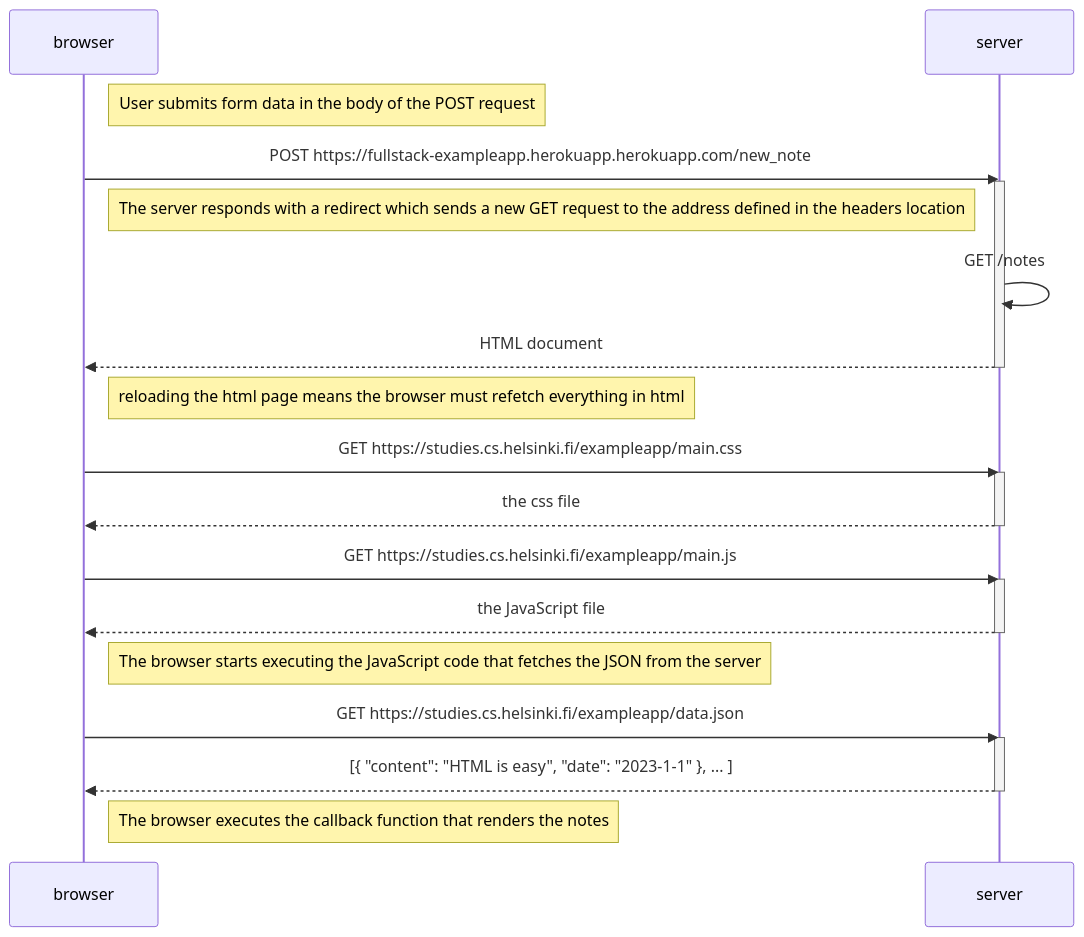
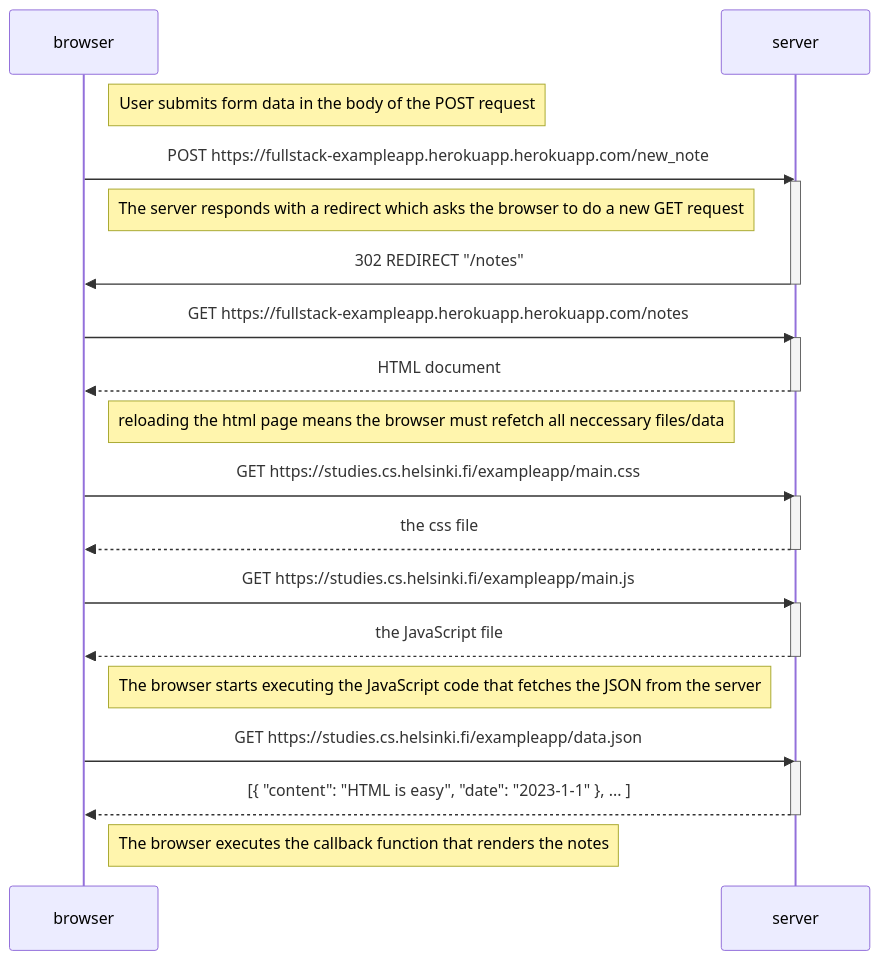
The diagram in submissions/part-0/new-note-diagram.md (Carson-Haskell/full-stack-open), drawn with Mermaid before and after one commit.

Commit message:
fix issue in new-note sequence diagram

````diff
--- a/submissions/part-0/new-note-diagram.md
+++ b/submissions/part-0/new-note-diagram.md
@@ -1,40 +1,44 @@
 ```mermaid
 
 sequenceDiagram
   participant browser
   participant server
 
   Note right of browser: User submits form data in the body of the POST request
 
   browser->>server: POST https://fullstack-exampleapp.herokuapp.herokuapp.com/new_note
   activate server
 
-  Note right of browser: The server responds with a redirect which sends a new GET request to the address defined in the headers location
+  Note right of browser: The server responds with a redirect which asks the browser to do a new GET request
 
-  server->>server: GET /notes
+  server->>browser: 302 REDIRECT "/notes"
+  deactivate server
+
+  browser->>server: GET https://fullstack-exampleapp.herokuapp.herokuapp.com/notes
+  activate server
   server-->>browser: HTML document
   deactivate server
 
-  Note right of browser: reloading the html page means the browser must refetch everything in html
+  Note right of browser: reloading the html page means the browser must refetch all neccessary files/data
 
   browser->>server: GET https://studies.cs.helsinki.fi/exampleapp/main.css
   activate server
   server-->>browser: the css file
   deactivate server
 
   browser->>server: GET https://studies.cs.helsinki.fi/exampleapp/main.js
   activate server
   server-->>browser: the JavaScript file
   deactivate server
 
   Note right of browser: The browser starts executing the JavaScript code that fetches the JSON from the server
 
   browser->>server: GET https://studies.cs.helsinki.fi/exampleapp/data.json
   activate server
   server-->>browser: [{ "content": "HTML is easy", "date": "2023-1-1" }, ... ]
   deactivate server
 
   Note right of browser: The browser executes the callback function that renders the notes
 
 
 ```
````
